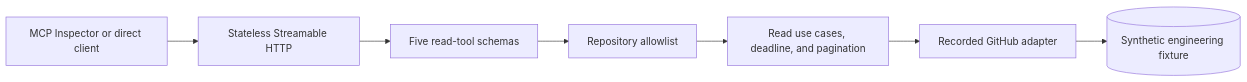
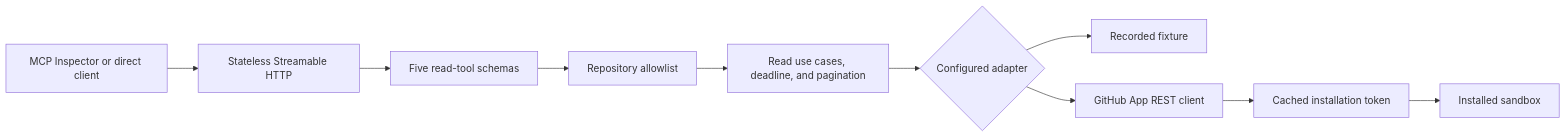
One commit to pablodcruz/enterprise-ai-integration changed the diagram in solutions/engineering-operations-mcp/README.md. Above: the diagram before and after it, drawn with Mermaid. The commit also changed other lines of this file and 22 other files, not shown here.

Commit message:
Add GitHub App adapter for Project 1

````diff
--- a/solutions/engineering-operations-mcp/README.md
+++ b/solutions/engineering-operations-mcp/README.md
@@ -42,9 +44,12 @@
 ```mermaid
 flowchart LR
     Client["MCP Inspector or direct client"] --> HTTP["Stateless Streamable HTTP"]
     HTTP --> Tool["Five read-tool schemas"]
     Tool --> Policy["Repository allowlist"]
     Policy --> UseCase["Read use cases, deadline, and pagination"]
-    UseCase --> Adapter["Recorded GitHub adapter"]
-    Adapter --> Fixture[("Synthetic engineering fixture")]
+    UseCase --> Adapter{"Configured adapter"}
+    Adapter --> Recorded["Recorded fixture"]
+    Adapter --> App["GitHub App REST client"]
+    App --> Token["Cached installation token"]
+    Token --> GitHub["Installed sandbox"]
 ```
````
